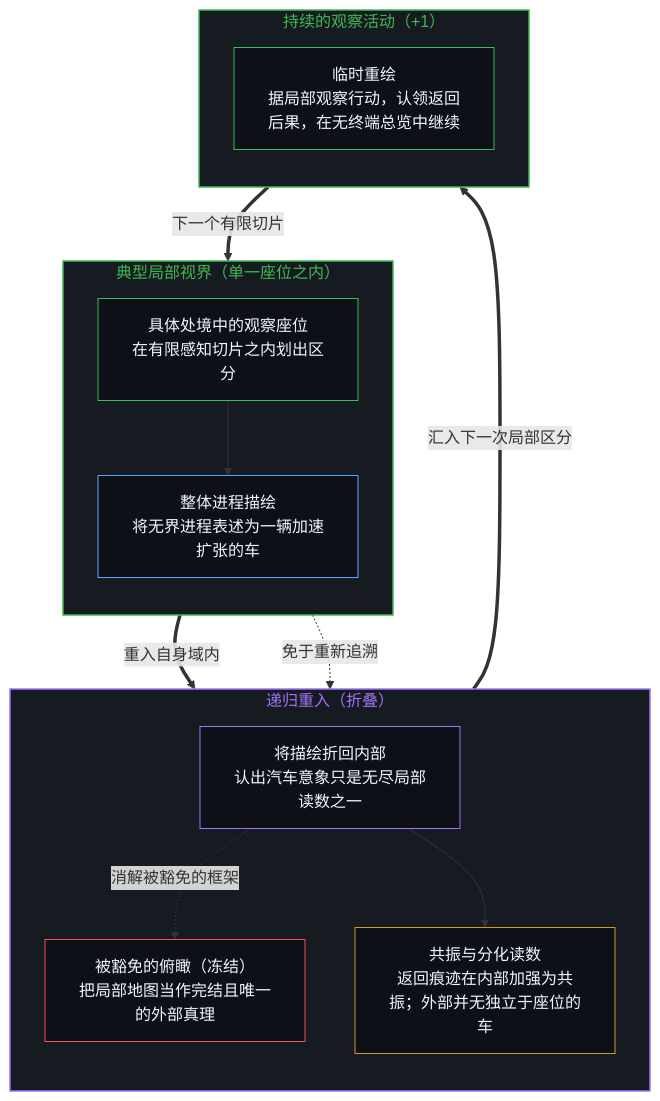
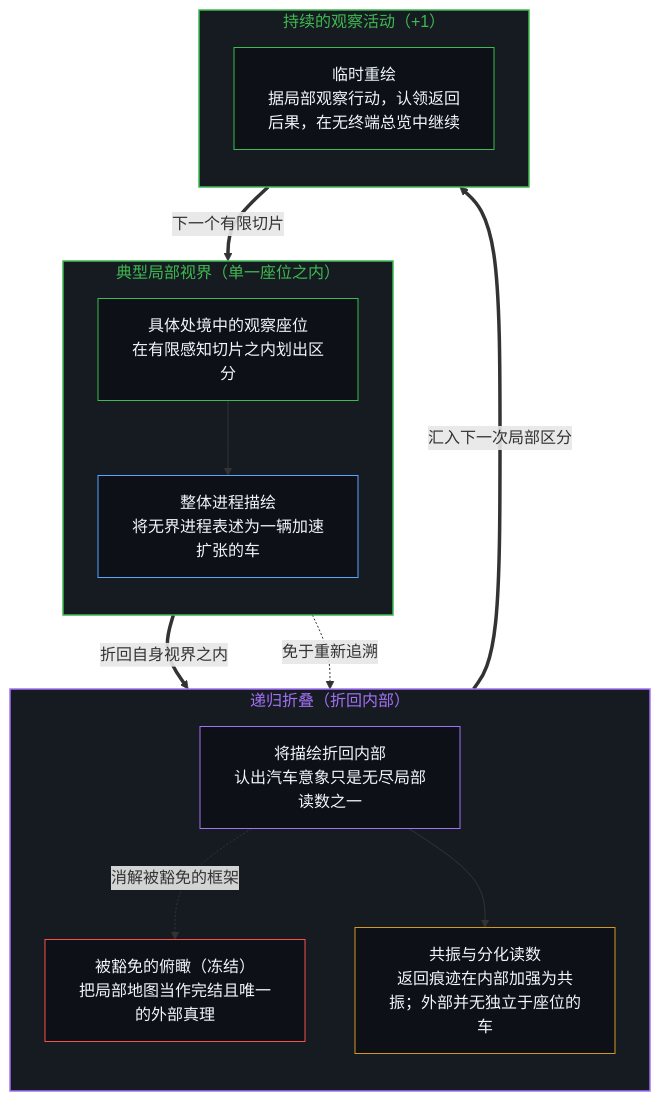
Before and after one commit to powerpig99/not-a-toe: the third of 4 diagrams in content/posts/infinity-within-the-seat.md, drawn with Mermaid. The commit also changed other lines of this file and 24 other files, not shown here.

````diff
--- a/content/posts/infinity-within-the-seat.md
+++ b/content/posts/infinity-within-the-seat.md
@@ -145,34 +145,34 @@
 ```mermaid
 flowchart TD
     subgraph S_Horizon["典型局部视界（单一座位之内）"]
         direction TB
         H_Seat["具体处境中的观察座位<br/>在有限感知切片之内划出区分"]
         H_Car["整体进程描绘<br/>将无界进程表述为一辆加速扩张的车"]
         H_Seat --> H_Car
     end
-    subgraph S_Fold["递归重入（折叠）"]
+    subgraph S_Fold["递归折叠（折回内部）"]
         direction TB
         F_Reenter["将描绘折回内部<br/>认出汽车意象只是无尽局部读数之一"]
         F_Freeze["被豁免的俯瞰（冻结）<br/>把局部地图当作完结且唯一的外部真理"]
         F_Seats["共振与分化读数<br/>返回痕迹在内部加强为共振；外部并无独立于座位的车"]
         F_Reenter -.->|"消解被豁免的框架"| F_Freeze
         F_Reenter --> F_Seats
     end
     subgraph S_Open["持续的观察活动（+1）"]
         direction TB
         O_Cont["临时重绘<br/>据局部观察行动，认领返回后果，在无终端总览中继续"]
     end
-    H_Car ==>|"重入自身域内"| F_Reenter
+    H_Car ==>|"折回自身视界之内"| F_Reenter
     H_Car -.->|"免于重新追溯"| F_Freeze
     F_Seats ==>|"汇入下一次局部区分"| O_Cont
     O_Cont ==>|"下一个有限切片"| H_Seat
     style S_Horizon fill:#161b22,stroke:#3fb950,stroke-width:1.5px,color:#3fb950
     style S_Fold fill:#161b22,stroke:#a371f7,stroke-width:1.5px,color:#a371f7
     style S_Open fill:#161b22,stroke:#3fb950,stroke-width:1.5px,color:#3fb950
     style H_Seat fill:#0d1117,stroke:#3fb950,stroke-width:1px,color:#f0f6fc
     style H_Car fill:#0d1117,stroke:#58a6ff,stroke-width:1px,color:#f0f6fc
     style F_Reenter fill:#0d1117,stroke:#a371f7,stroke-width:1px,color:#f0f6fc
     style F_Freeze fill:#0d1117,stroke:#f85149,stroke-width:1px,color:#f0f6fc
     style F_Seats fill:#0d1117,stroke:#d29922,stroke-width:1px,color:#f0f6fc
     style O_Cont fill:#0d1117,stroke:#3fb950,stroke-width:1px,color:#f0f6fc
 ```
````
